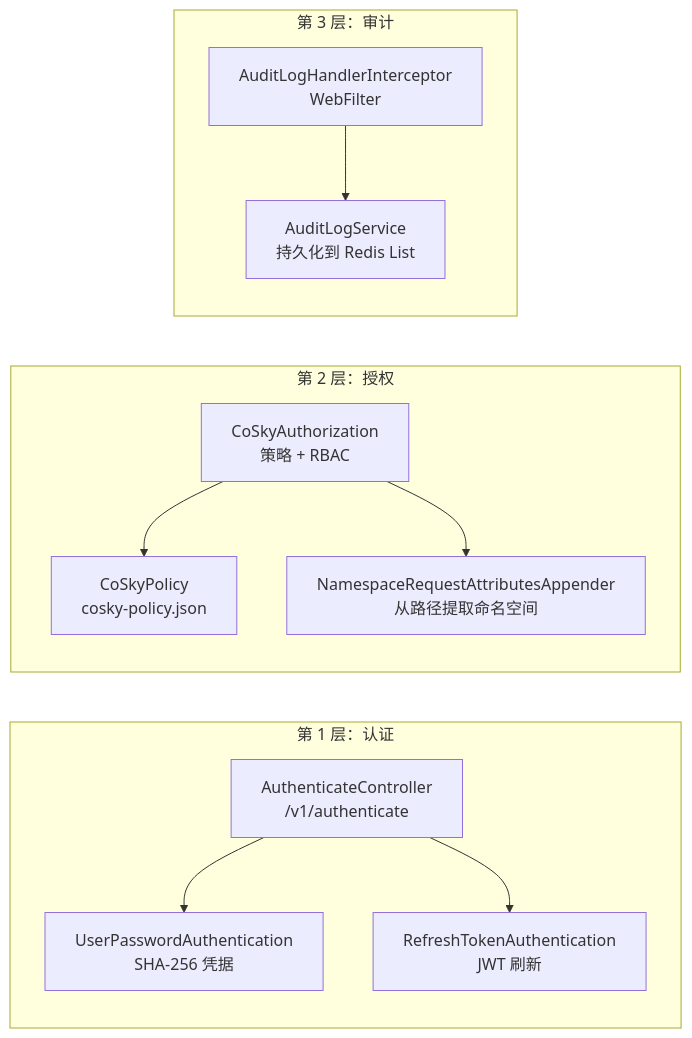
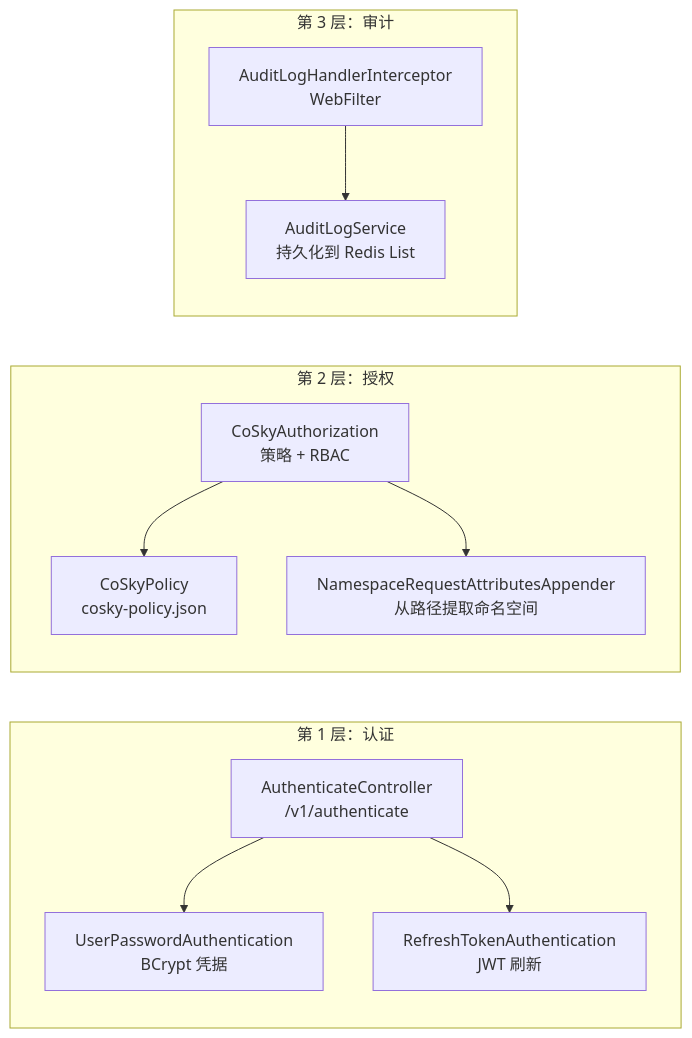
One commit to Ahoo-Wang/CoSky changed the first of 4 diagrams in wiki/zh/guide/security-rbac.md. Above: the diagram before and after it, drawn with Mermaid. The commit also changed other lines of this file and 20 other files, not shown here.

````diff
--- a/wiki/zh/guide/security-rbac.md
+++ b/wiki/zh/guide/security-rbac.md
@@ -22,25 +22,25 @@
 ```mermaid
 flowchart LR
     subgraph "第 1 层：认证"
-        UserPwd["UserPasswordAuthentication<br>SHA-256 凭据"]
+        UserPwd["UserPasswordAuthentication<br>BCrypt 凭据"]
         RefreshTok["RefreshTokenAuthentication<br>JWT 刷新"]
         AuthCtrl["AuthenticateController<br>/v1/authenticate"]
     end
 
     subgraph "第 2 层：授权"
         Policy["CoSkyPolicy<br>cosky-policy.json"]
         Authz["CoSkyAuthorization<br>策略 + RBAC"]
         NSApp["NamespaceRequestAttributesAppender<br>从路径提取命名空间"]
     end
 
     subgraph "第 3 层：审计"
         AuditFilter["AuditLogHandlerInterceptor<br>WebFilter"]
         AuditSvc["AuditLogService<br>持久化到 Redis List"]
     end
 
     AuthCtrl --> UserPwd
     AuthCtrl --> RefreshTok
     Authz --> Policy
     Authz --> NSApp
     AuditFilter --> AuditSvc
 ```
````
